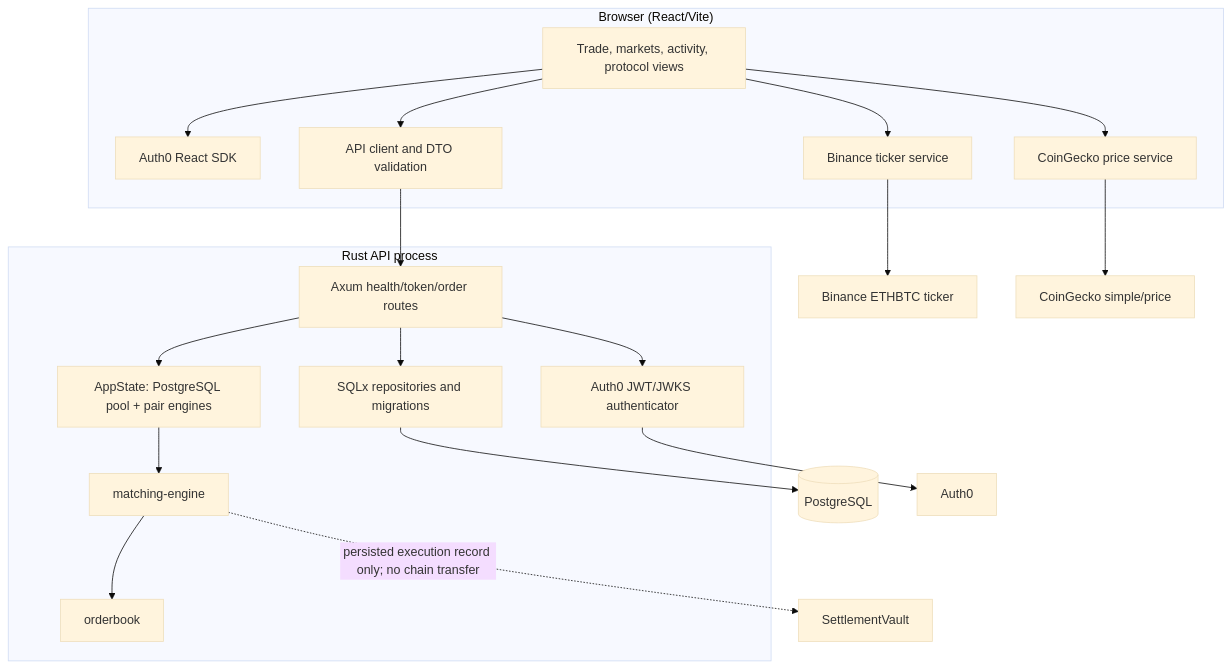
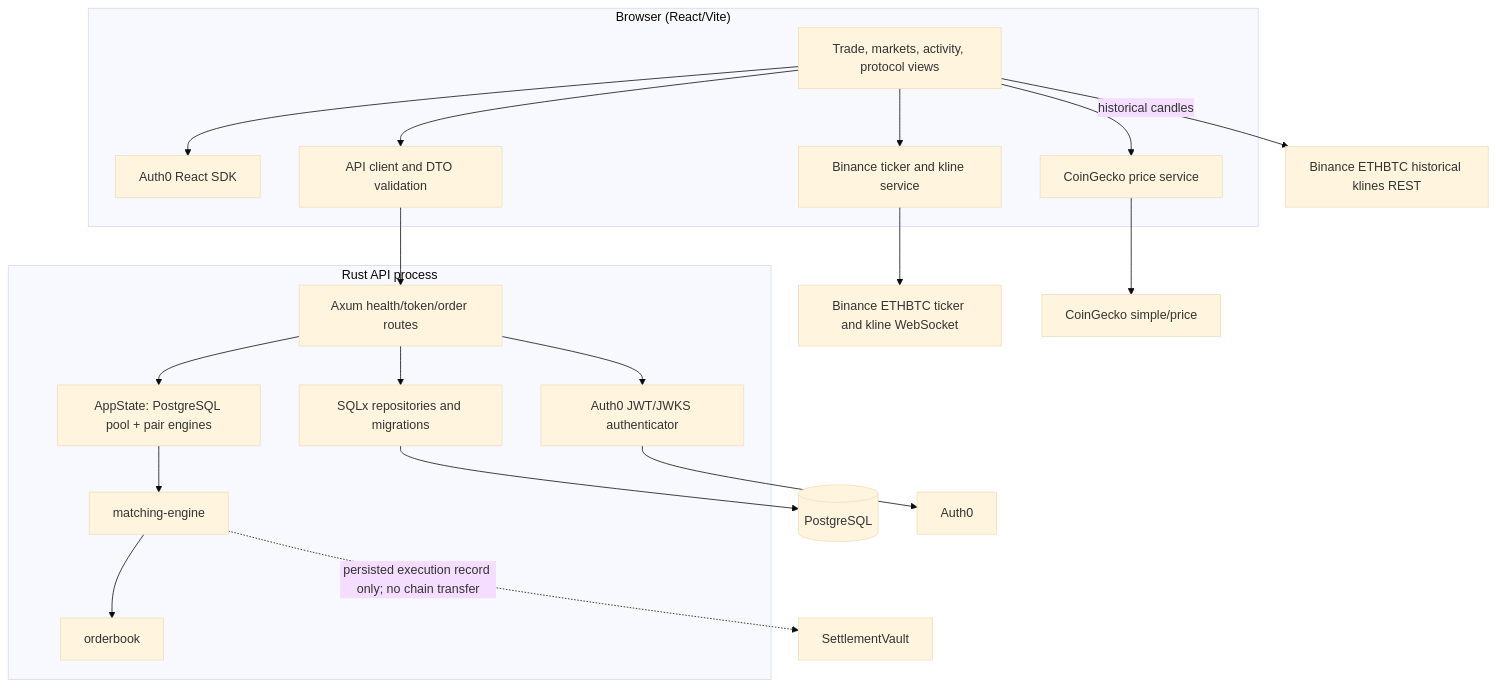
The diagram in docs/02-design/component-diagram.md (ASHUTOSH-06-SONI/DexSYS), drawn with Mermaid (base theme) before and after one commit. The commit also changed 33 other files, not shown here.

Commit message:
feat: add live asset chart and order book depth

````diff
--- a/docs/02-design/component-diagram.md
+++ b/docs/02-design/component-diagram.md
@@ -5,35 +5,37 @@
 ```mermaid
 flowchart TB
   subgraph Browser["Browser (React/Vite)"]
     UI[Trade, markets, activity, protocol views]
     AuthSDK[Auth0 React SDK]
     ApiClient[API client and DTO validation]
-    Ticker[Binance ticker service]
+    MarketData[Binance ticker and kline service]
     Prices[CoinGecko price service]
   end
   subgraph Backend["Rust API process"]
     Routes[Axum health/token/order routes]
     Verify[Auth0 JWT/JWKS authenticator]
     Repos[SQLx repositories and migrations]
     State[AppState: PostgreSQL pool + pair engines]
     Matcher[matching-engine]
     Book[orderbook]
   end
   DB[(PostgreSQL)]
   AuthProvider[Auth0]
-  Binance[Binance ETHBTC ticker]
+  BinanceWS[Binance ETHBTC ticker and kline WebSocket]
+  BinanceREST[Binance ETHBTC historical klines REST]
   CoinGecko[CoinGecko simple/price]
   Vault[SettlementVault]
   UI --> AuthSDK
   UI --> ApiClient
   ApiClient --> Routes
   Routes --> Verify
   Verify --> AuthProvider
   Routes --> Repos
   Repos --> DB
   Routes --> State
   State --> Matcher --> Book
-  UI --> Ticker --> Binance
+  UI --> MarketData --> BinanceWS
+  UI -->|historical candles| BinanceREST
   UI --> Prices --> CoinGecko
   Matcher -. persisted execution record only; no chain transfer .-> Vault
 ```
````
